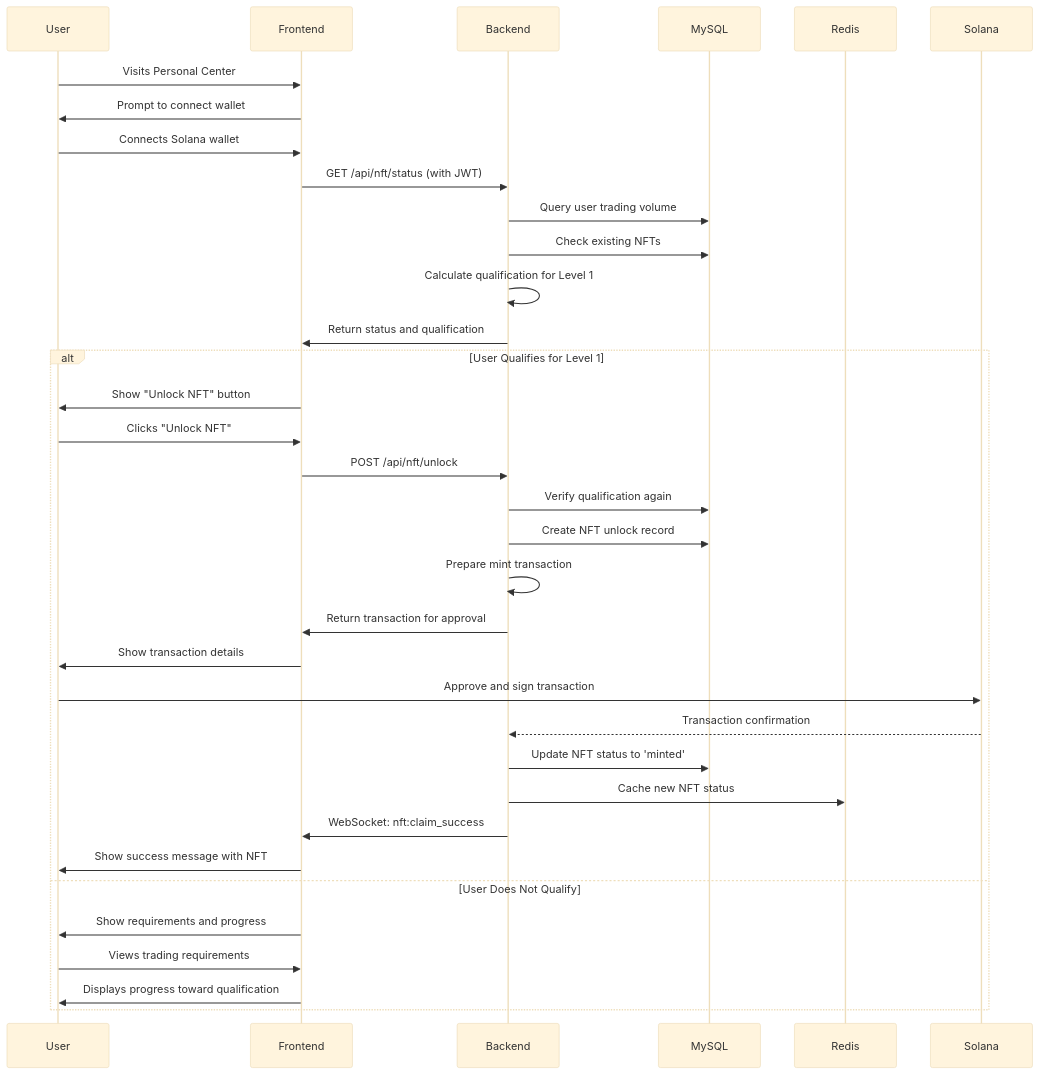
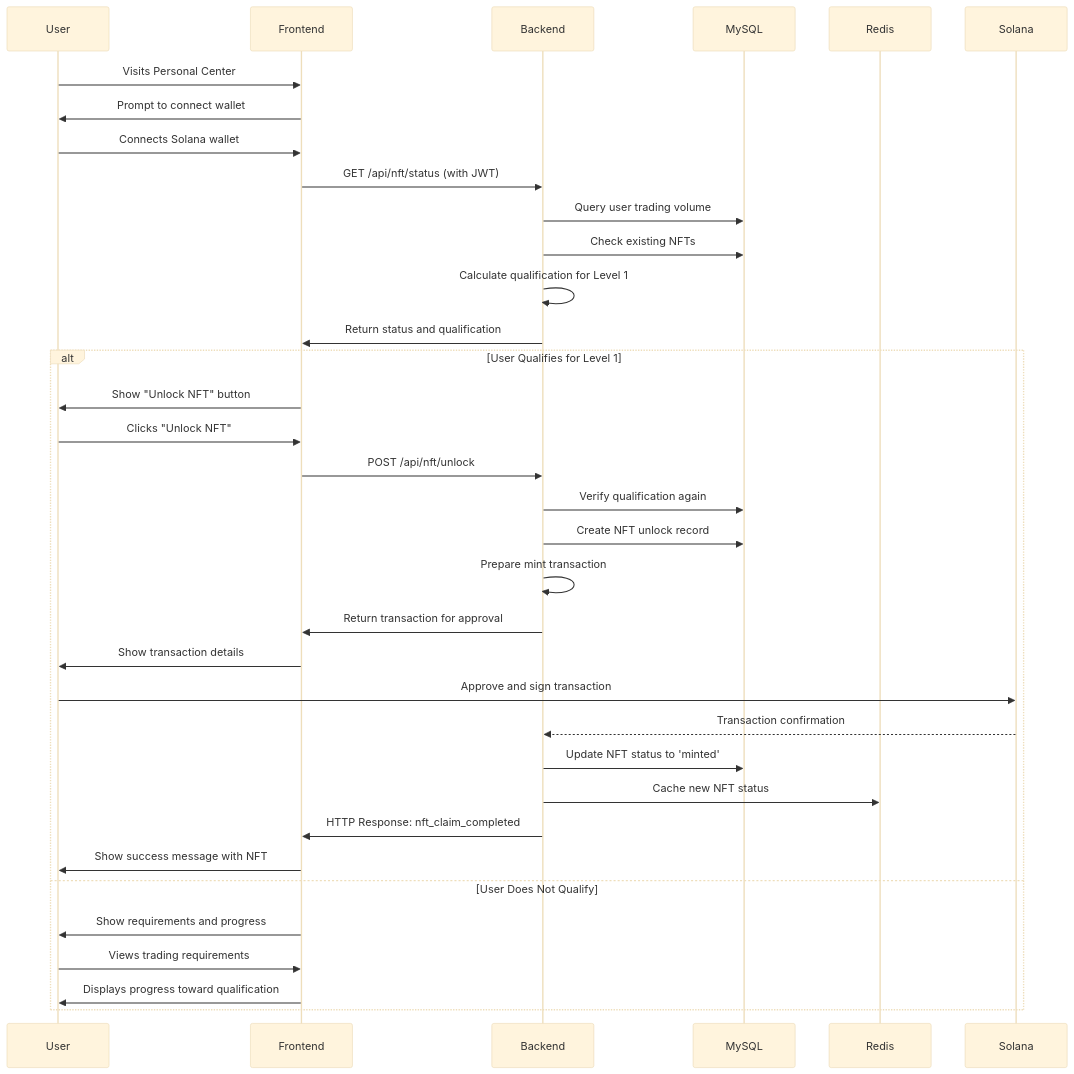
The first of 6 diagrams in docs/technical/implementation/Process-Flow-Reference.md (ljg-cqu/aiw3-nft-solana), drawn with Mermaid (base theme) before and after one commit. The commit also changed other lines of this file and 8 other files, not shown here.

Commit message:
refactor: replace WebSocket with HTTP polling for real-time updates

````diff
--- a/docs/technical/implementation/Process-Flow-Reference.md
+++ b/docs/technical/implementation/Process-Flow-Reference.md
@@ -33,39 +33,39 @@
 ```mermaid
 sequenceDiagram
     participant User
     participant Frontend
     participant Backend
     participant MySQL
     participant Redis
     participant Solana
 
     User->>Frontend: Visits Personal Center
     Frontend->>User: Prompt to connect wallet
     User->>Frontend: Connects Solana wallet
     Frontend->>Backend: GET /api/nft/status (with JWT)
     Backend->>MySQL: Query user trading volume
     Backend->>MySQL: Check existing NFTs
     Backend->>Backend: Calculate qualification for Level 1
     Backend->>Frontend: Return status and qualification
     
     alt User Qualifies for Level 1
         Frontend->>User: Show "Unlock NFT" button
         User->>Frontend: Clicks "Unlock NFT"
         Frontend->>Backend: POST /api/nft/unlock
         Backend->>MySQL: Verify qualification again
         Backend->>MySQL: Create NFT unlock record
         Backend->>Backend: Prepare mint transaction
         Backend->>Frontend: Return transaction for approval
         Frontend->>User: Show transaction details
         User->>Solana: Approve and sign transaction
         Solana-->>Backend: Transaction confirmation
         Backend->>MySQL: Update NFT status to 'minted'
         Backend->>Redis: Cache new NFT status
-        Backend->>Frontend: WebSocket: nft:claim_success
+        Backend->>Frontend: HTTP Response: nft_claim_completed
         Frontend->>User: Show success message with NFT
     else User Does Not Qualify
         Frontend->>User: Show requirements and progress
         User->>Frontend: Views trading requirements
         Frontend->>User: Displays progress toward qualification
     end
 ```
````
